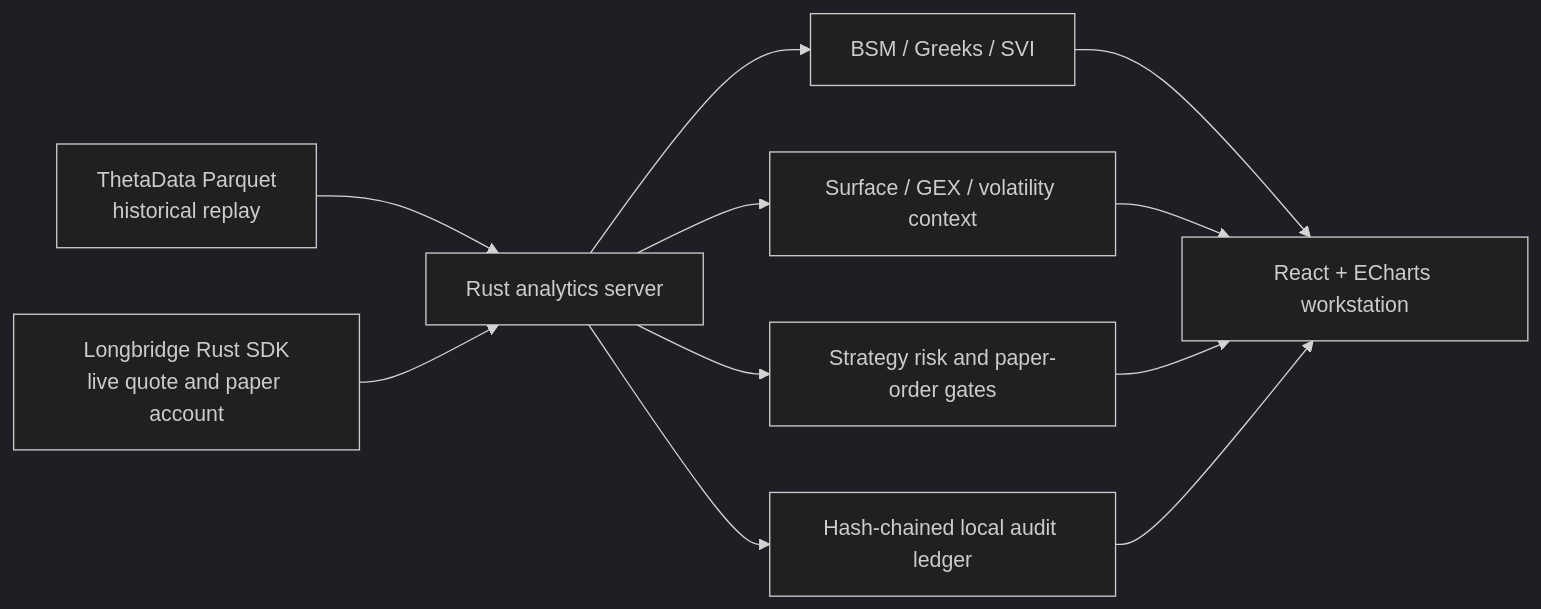
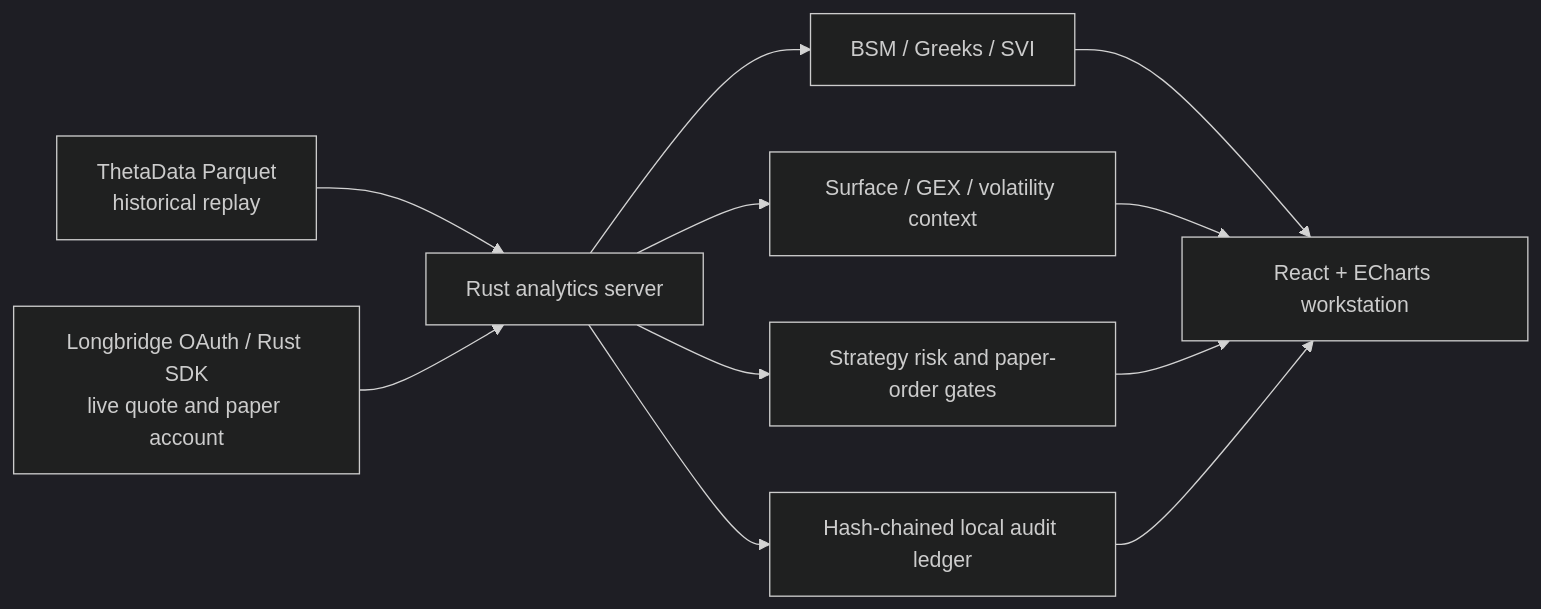
One commit to khakhasshi/OptionWorkstation changed the diagram in README.en.md. Above: the diagram before and after it, drawn with Mermaid (dark theme). The commit also changed other lines of this file and 9 other files, not shown here.

Commit message:
feat: add Longbridge OAuth authentication (#23)

````diff
--- a/README.en.md
+++ b/README.en.md
@@ -70,13 +70,13 @@
 ```mermaid
 flowchart LR
   A["ThetaData Parquet<br/>historical replay"] --> R["Rust analytics server"]
-  B["Longbridge Rust SDK<br/>live quote and paper account"] --> R
+  B["Longbridge OAuth / Rust SDK<br/>live quote and paper account"] --> R
   R --> C["BSM / Greeks / SVI"]
   R --> D["Surface / GEX / volatility context"]
   R --> E["Strategy risk and paper-order gates"]
   R --> F["Hash-chained local audit ledger"]
   C --> W["React + ECharts workstation"]
   D --> W
   E --> W
   F --> W
 ```
````
